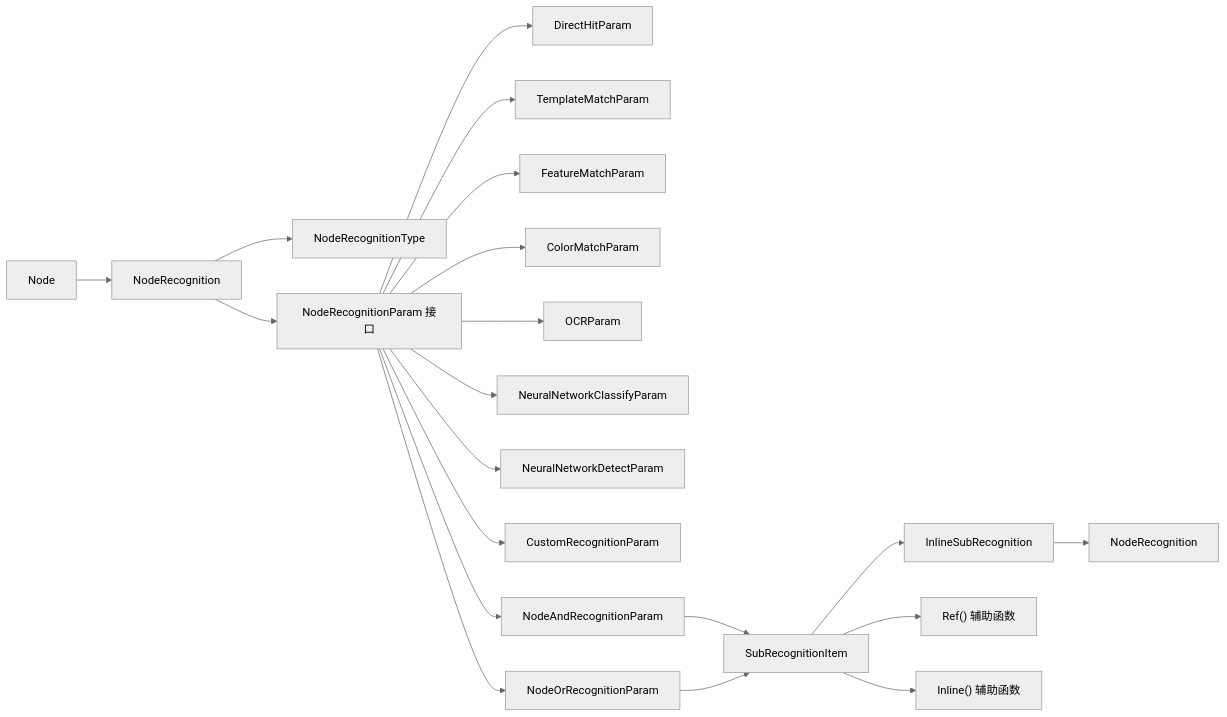
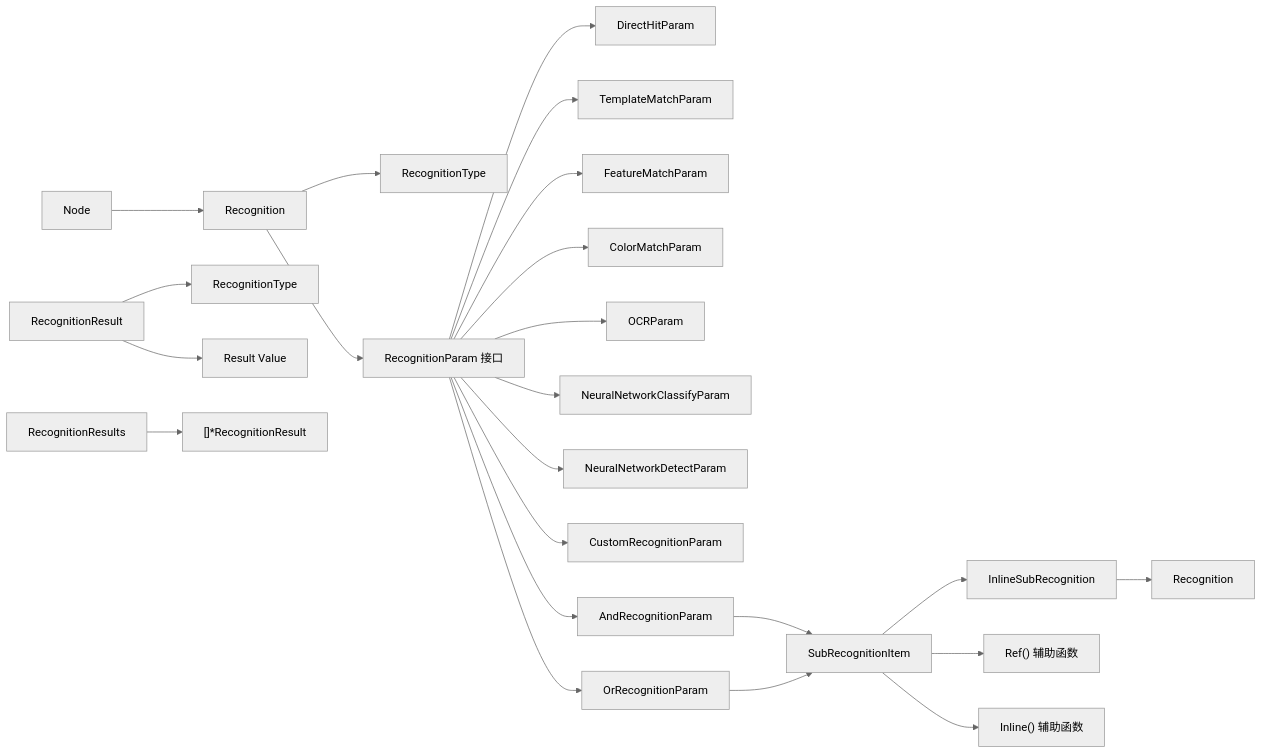
Before and after one commit to kqcoxn/MaaPipelineEditor: the fourth of 4 diagrams in instructions/maafw-golang-binding/高级功能/流水线配置/节点结构详解/识别配置详解/识别配置详解.md, drawn with Mermaid (neutral theme). The commit also changed other lines of this file and 9 other files, not shown here.

````diff
--- a/instructions/maafw-golang-binding/高级功能/流水线配置/节点结构详解/识别配置详解/识别配置详解.md
+++ b/instructions/maafw-golang-binding/高级功能/流水线配置/节点结构详解/识别配置详解/识别配置详解.md
@@ -415,22 +431,25 @@
 ```mermaid
 graph LR
-N["Node"] --> R["NodeRecognition"]
-R --> T["NodeRecognitionType"]
-R --> P["NodeRecognitionParam 接口"]
+N["Node"] --> R["Recognition"]
+R --> T["RecognitionType"]
+R --> P["RecognitionParam 接口"]
 P --> D["DirectHitParam"]
 P --> TM["TemplateMatchParam"]
 P --> FM["FeatureMatchParam"]
 P --> CM["ColorMatchParam"]
 P --> OCR["OCRParam"]
 P --> NC["NeuralNetworkClassifyParam"]
 P --> ND["NeuralNetworkDetectParam"]
 P --> C["CustomRecognitionParam"]
-P --> AND["NodeAndRecognitionParam"]
-P --> OR["NodeOrRecognitionParam"]
+P --> AND["AndRecognitionParam"]
+P --> OR["OrRecognitionParam"]
 AND --> SRI["SubRecognitionItem"]
 OR --> SRI
 SRI --> ISR["InlineSubRecognition"]
 SRI --> REF["Ref() 辅助函数"]
 SRI --> INLINE["Inline() 辅助函数"]
-ISR --> NR["NodeRecognition"]
+ISR --> NR["Recognition"]
+RR["RecognitionResult"] --> RT["RecognitionType"]
+RR --> RV["Result Value"]
+RRS["RecognitionResults"] --> RRSI["[]*RecognitionResult"]
 ```
````
